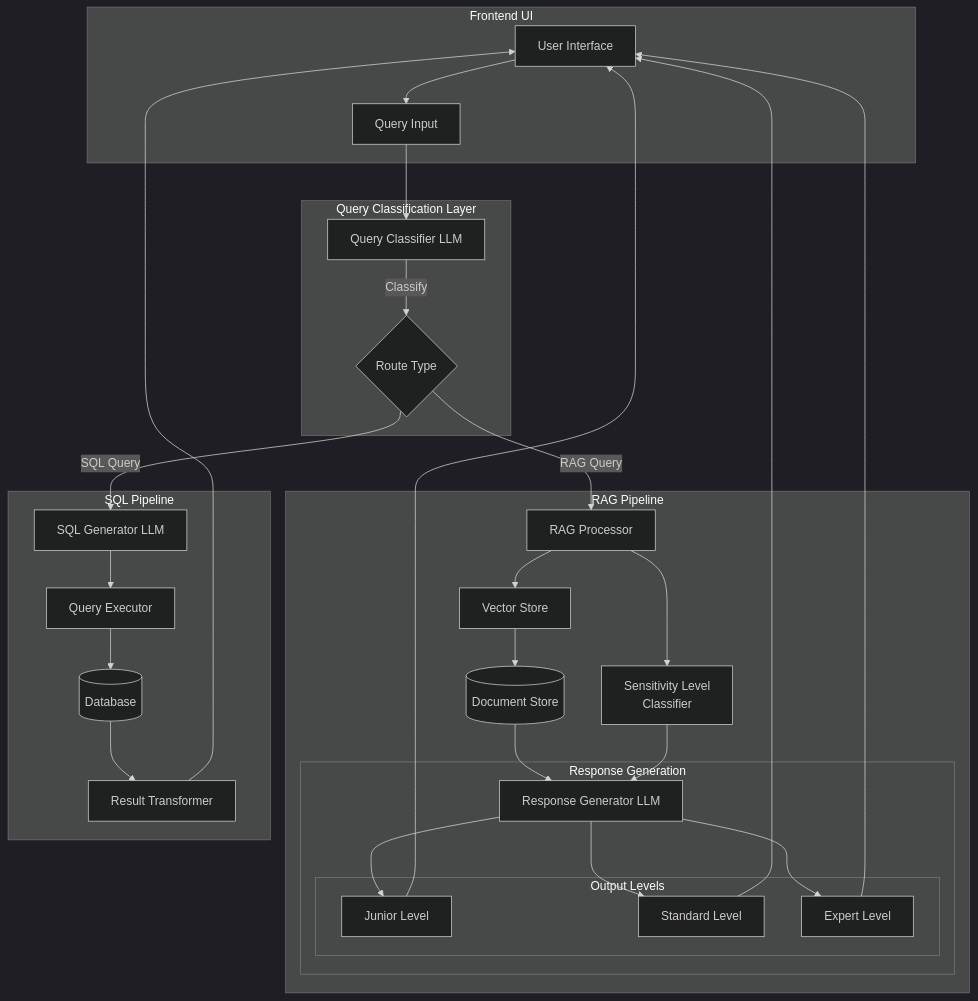
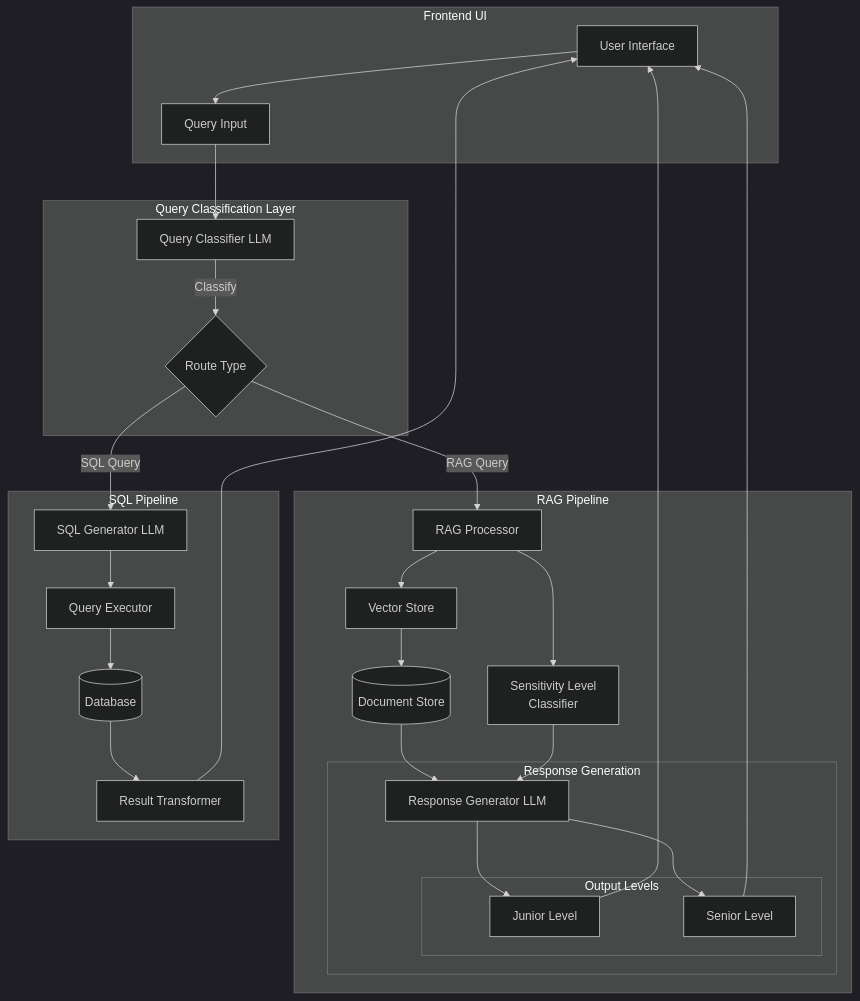
One commit to ankit62073/Secure_RAG_Pipeline changed the diagram in README.md. Above: the diagram before and after it, drawn with Mermaid (dark theme).

Commit message:
readme updated

````diff
--- a/README.md
+++ b/README.md
@@ -36,58 +36,58 @@
 ```mermaid
 flowchart TD
     subgraph Frontend["Frontend UI"]
         UI[User Interface]
         QI[Query Input]
     end
 
     subgraph QueryClassifier["Query Classification Layer"]
         QC[Query Classifier LLM]
         QC -->|Classify| RT{Route Type}
     end
 
     subgraph RAGPath["RAG Pipeline"]
         RP[RAG Processor]
         VS[Vector Store]
         Doc[(Document Store)]
         SL[Sensitivity Level\nClassifier]
         
         subgraph ResponseGen["Response Generation"]
             RG[Response Generator LLM]
             subgraph Levels["Output Levels"]
                 L1[Junior Level]
-                L2[Standard Level]
-                L3[Expert Level]
+                
+                L3[Senior Level]
             end
         end
     end
 
     subgraph SQLPath["SQL Pipeline"]
         SQ[SQL Generator LLM]
         DB[(Database)]
         QE[Query Executor]
         TR[Result Transformer]
     end
 
     UI --> QI
     QI --> QC
     RT -->|RAG Query| RP
     RT -->|SQL Query| SQ
 
     RP --> VS
     VS --> Doc
     Doc --> RG
     RP --> SL
     SL --> RG
     RG --> L1
-    RG --> L2
+    
     RG --> L3
     
     SQ --> QE
     QE --> DB
     DB --> TR
     
     L1 --> UI
-    L2 --> UI
+    
     L3 --> UI
     TR --> UI
 ```
````
